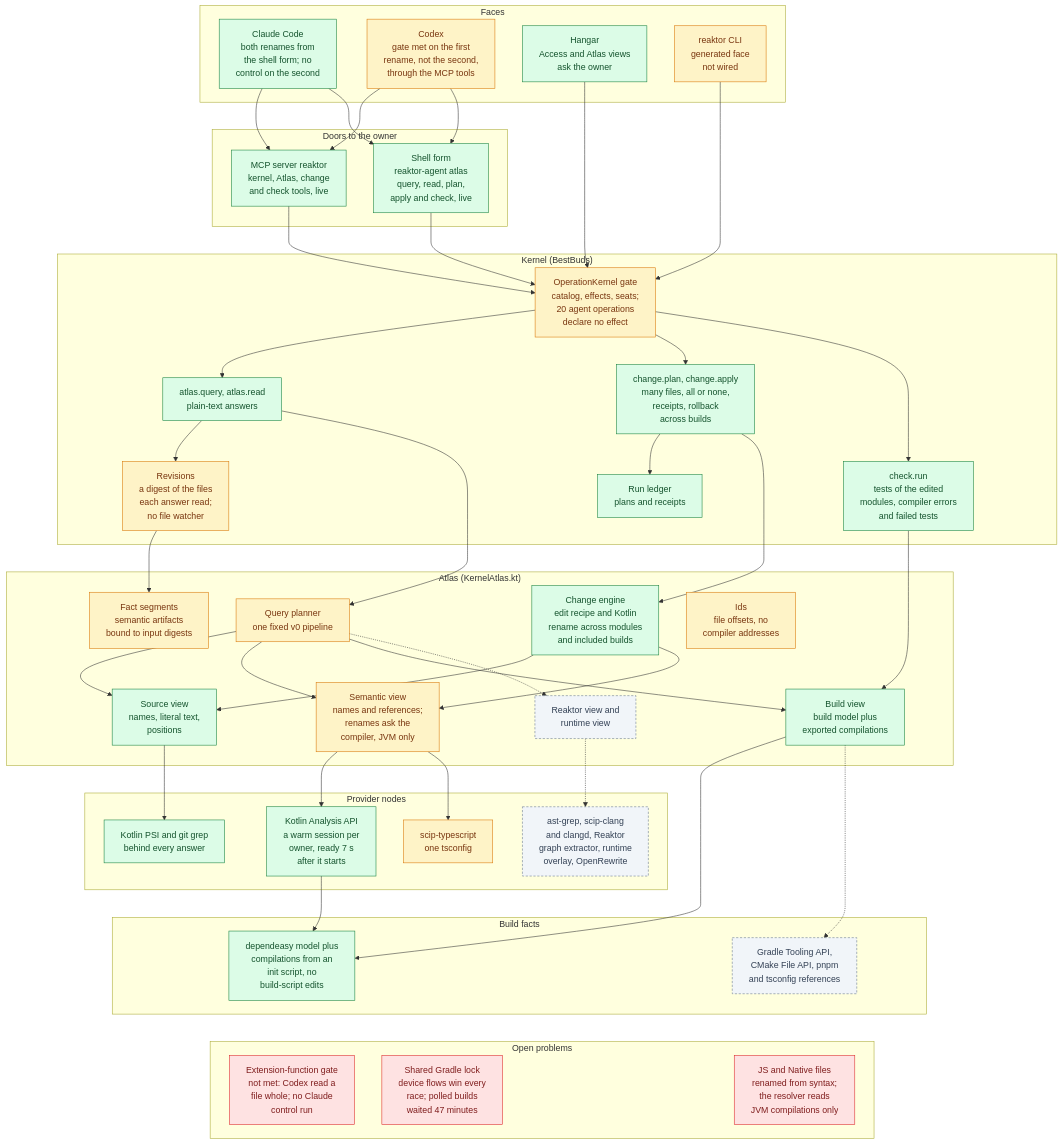
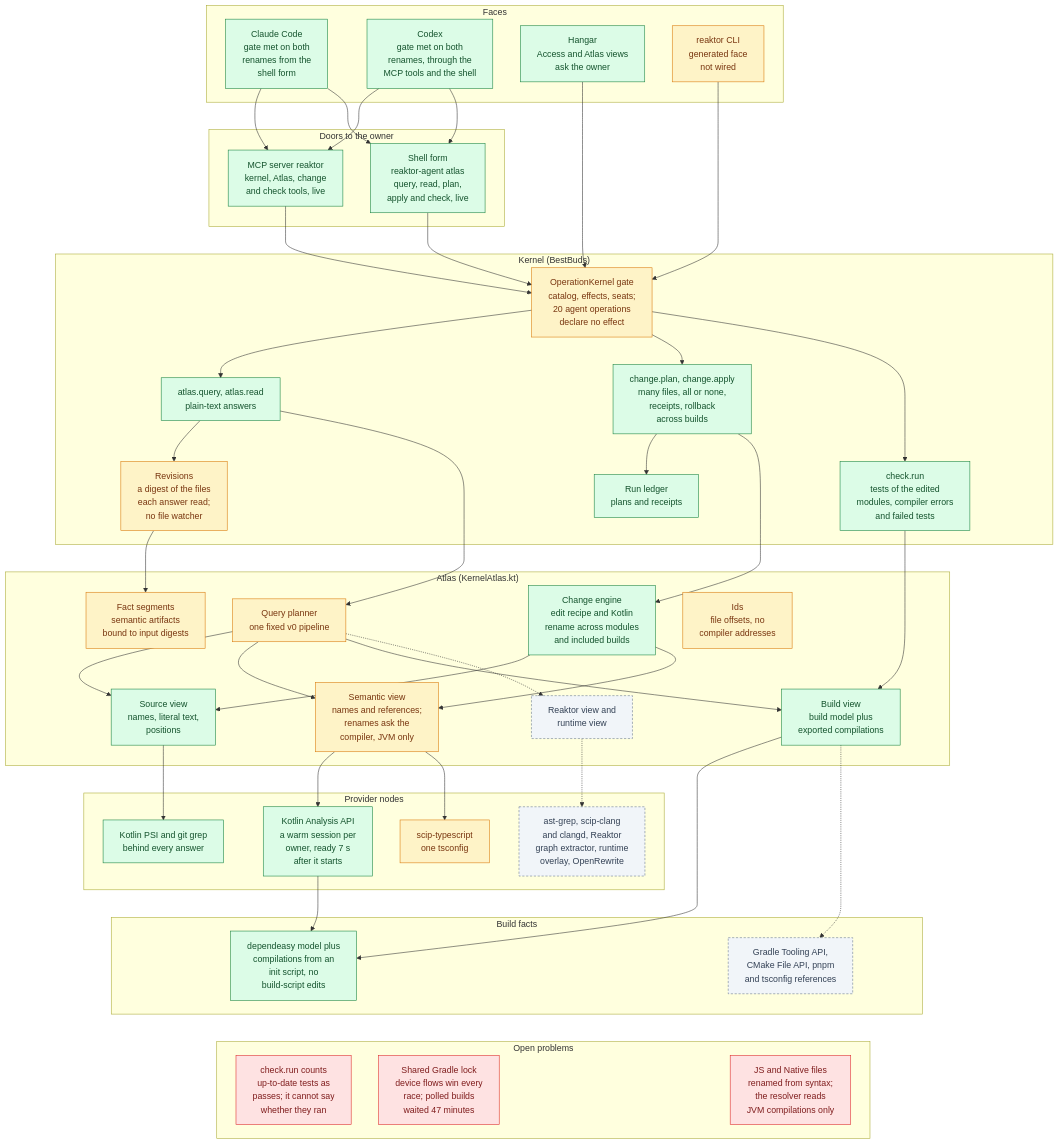
Before and after one commit to shibasis0801/reaktor: the first of 5 diagrams in plans/atlas-hld.md, drawn with Mermaid. The commit also changed other lines of this file, not shown here.

First line of the commit message:
Record the finished first completion gate in the Atlas HLD

````diff
--- a/plans/atlas-hld.md
+++ b/plans/atlas-hld.md
@@ -21,8 +21,8 @@
 ```mermaid
 flowchart TB
     subgraph faces["Faces"]
-        claude["Claude Code<br/>both renames from<br/>the shell form; no<br/>control on the second"]
-        codex["Codex<br/>gate met on the first<br/>rename, not the second,<br/>through the MCP tools"]
+        claude["Claude Code<br/>gate met on both<br/>renames from the<br/>shell form"]
+        codex["Codex<br/>gate met on both<br/>renames, through the<br/>MCP tools and the shell"]
         hangar["Hangar<br/>Access and Atlas views<br/>ask the owner"]
         cli["reaktor CLI<br/>generated face<br/>not wired"]
     end
@@ -59,7 +59,7 @@
         laterBuild["Gradle Tooling API,<br/>CMake File API, pnpm<br/>and tsconfig references"]
     end
     subgraph problems["Open problems"]
-        p1["Extension-function gate<br/>not met: Codex read a<br/>file whole; no Claude<br/>control run"]
+        p1["check.run counts<br/>up-to-date tests as<br/>passes; it cannot say<br/>whether they ran"]
         p2["Shared Gradle lock<br/>device flows win every<br/>race; polled builds<br/>waited 47 minutes"]
         p3["JS and Native files<br/>renamed from syntax;<br/>the resolver reads<br/>JVM compilations only"]
     end
@@ -105,8 +105,8 @@
     classDef partial fill:#FEF3C7,stroke:#D97706,color:#78350F
     classDef problem fill:#FEE2E2,stroke:#DC2626,color:#7F1D1D
     classDef later fill:#F1F5F9,stroke:#64748B,color:#334155,stroke-dasharray: 4 3
-    class claude,hangar,mcp,shell,atlasOps,changeOps,checkRun,ledger,engine,sourceView,buildView,psi,kaa,dep live
-    class codex,cli,gate,revisions,planner,identity,segments,semanticView,ts partial
+    class claude,codex,hangar,mcp,shell,atlasOps,changeOps,checkRun,ledger,engine,sourceView,buildView,psi,kaa,dep live
+    class cli,gate,revisions,planner,identity,segments,semanticView,ts partial
     class p1,p2,p3 problem
     class laterViews,laterProviders,laterBuild later
 ```
````
